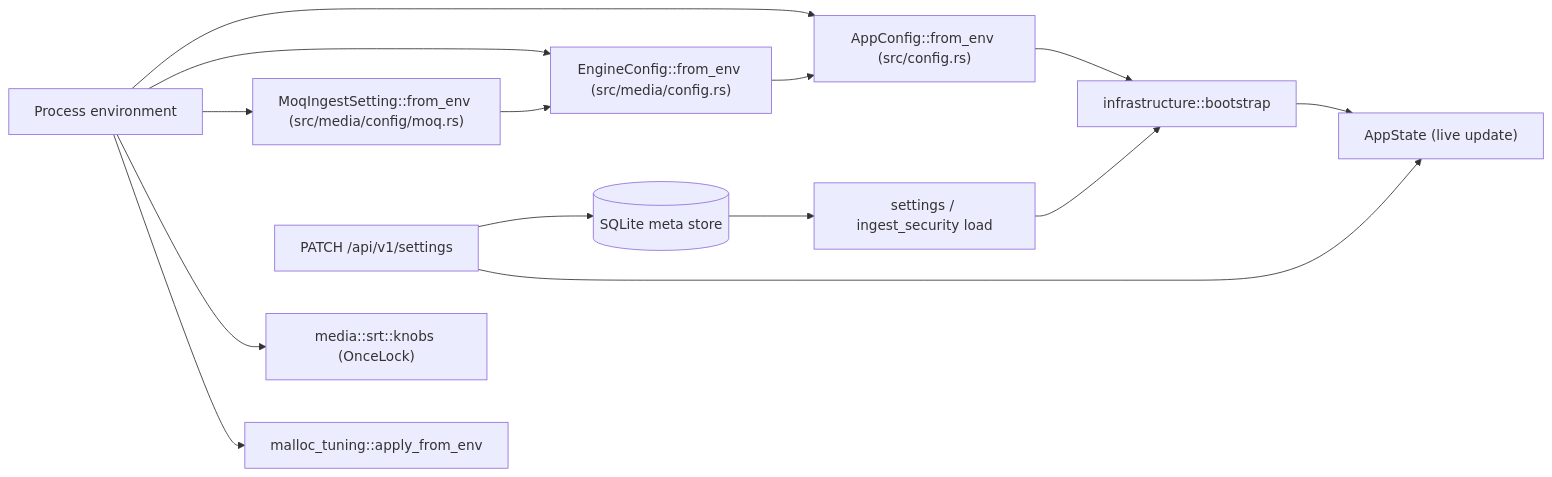
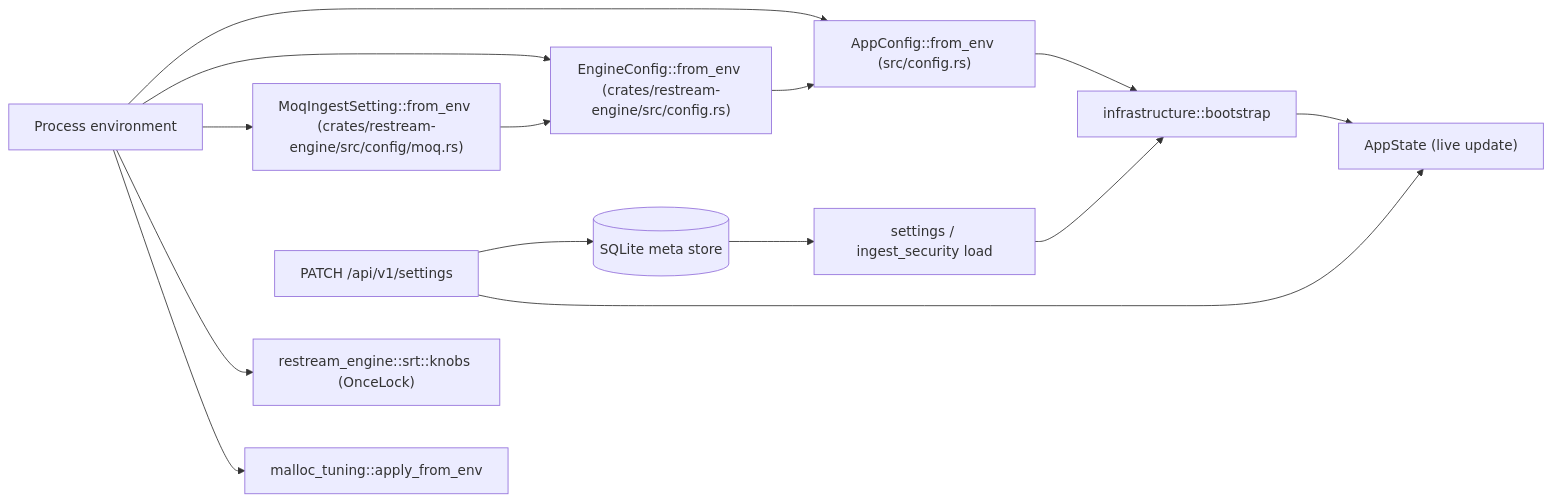
The diagram in docs/configuration.md (krsna1729/restream), drawn with Mermaid before and after one commit. The commit also changed other lines of this file and 838 other files, not shown here.

First line of the commit message:
Move src/media into the restream-engine workspace crate

````diff
--- a/docs/configuration.md
+++ b/docs/configuration.md
@@ -26,16 +26,16 @@
 ```mermaid
 flowchart LR
     env[Process environment] --> from_env["AppConfig::from_env (src/config.rs)"]
-    env --> engine["EngineConfig::from_env (src/media/config.rs)"]
-    env --> moq["MoqIngestSetting::from_env (src/media/config/moq.rs)"]
-    env --> knobs["media::srt::knobs (OnceLock)"]
+    env --> engine["EngineConfig::from_env (crates/restream-engine/src/config.rs)"]
+    env --> moq["MoqIngestSetting::from_env (crates/restream-engine/src/config/moq.rs)"]
+    env --> knobs["restream_engine::srt::knobs (OnceLock)"]
     env --> malloc["malloc_tuning::apply_from_env"]
     moq --> engine
     engine --> from_env
     from_env --> boot["infrastructure::bootstrap"]
     db[(SQLite meta store)] --> settings["settings / ingest_security load"]
     settings --> boot
     api["PATCH /api/v1/settings"] --> db
     api --> state["AppState (live update)"]
     boot --> state
 ```
````
